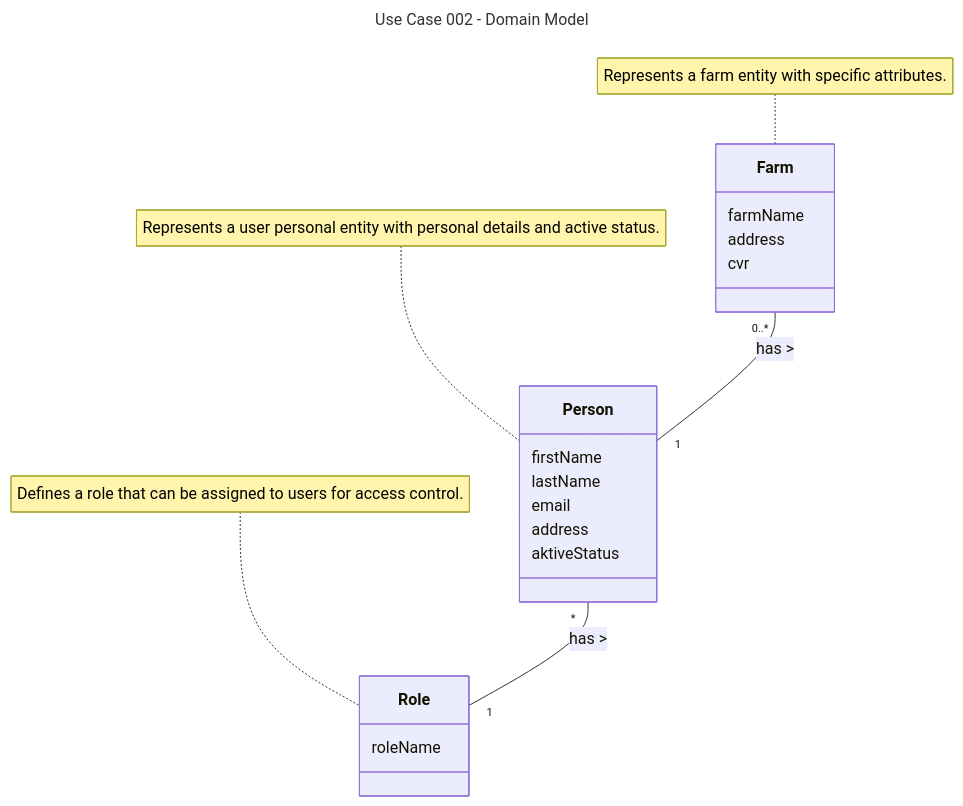
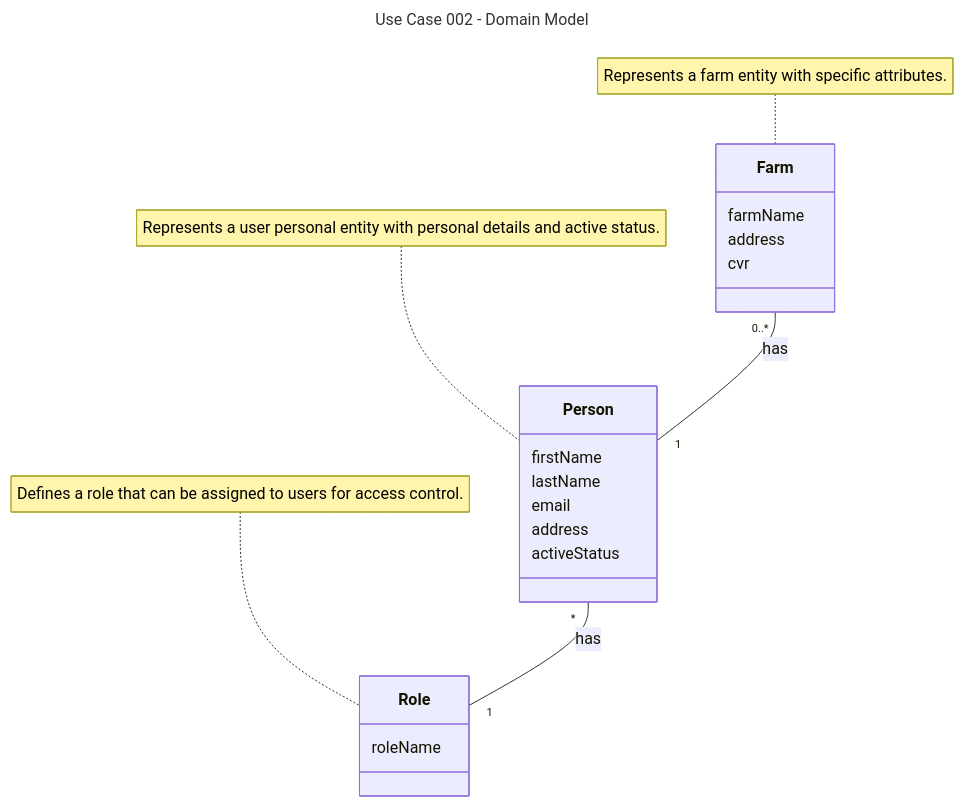
One commit to DMOoF25-TEAM11/ArlaNatureConnect changed the third of 5 diagrams in docs/UseCase002-AdministrateFarmsAndUsers/UC002-Artifacts.md. Above: the diagram before and after it, drawn with Mermaid. The commit also changed 2 other files, not shown here.

Commit message:
Fix spell error

````diff
--- a/docs/UseCase002-AdministrateFarmsAndUsers/UC002-Artifacts.md
+++ b/docs/UseCase002-AdministrateFarmsAndUsers/UC002-Artifacts.md
@@ -383,32 +383,32 @@
 ```mermaid
 ---
 title: Use Case 002 - Domain Model
 ---
 classDiagram
   direction TB
 
   class Person {
     firstName
     lastName
     email
     address
-    aktiveStatus
+    activeStatus
   }
 
     class Farm {
         farmName
         address
         cvr
     }
 
     class Role {
         roleName
     }
 
     note for Person "Represents a user personal entity with personal details and active status."
     note for Role "Defines a role that can be assigned to users for access control."
     note for Farm "Represents a farm entity with specific attributes."
 
-    Person "*" -- "1" Role : has >
-    Farm "0..*" -- "1" Person : has >
+    Person "*" -- "1" Role : has
+    Farm "0..*" -- "1" Person : has
 ```
````
